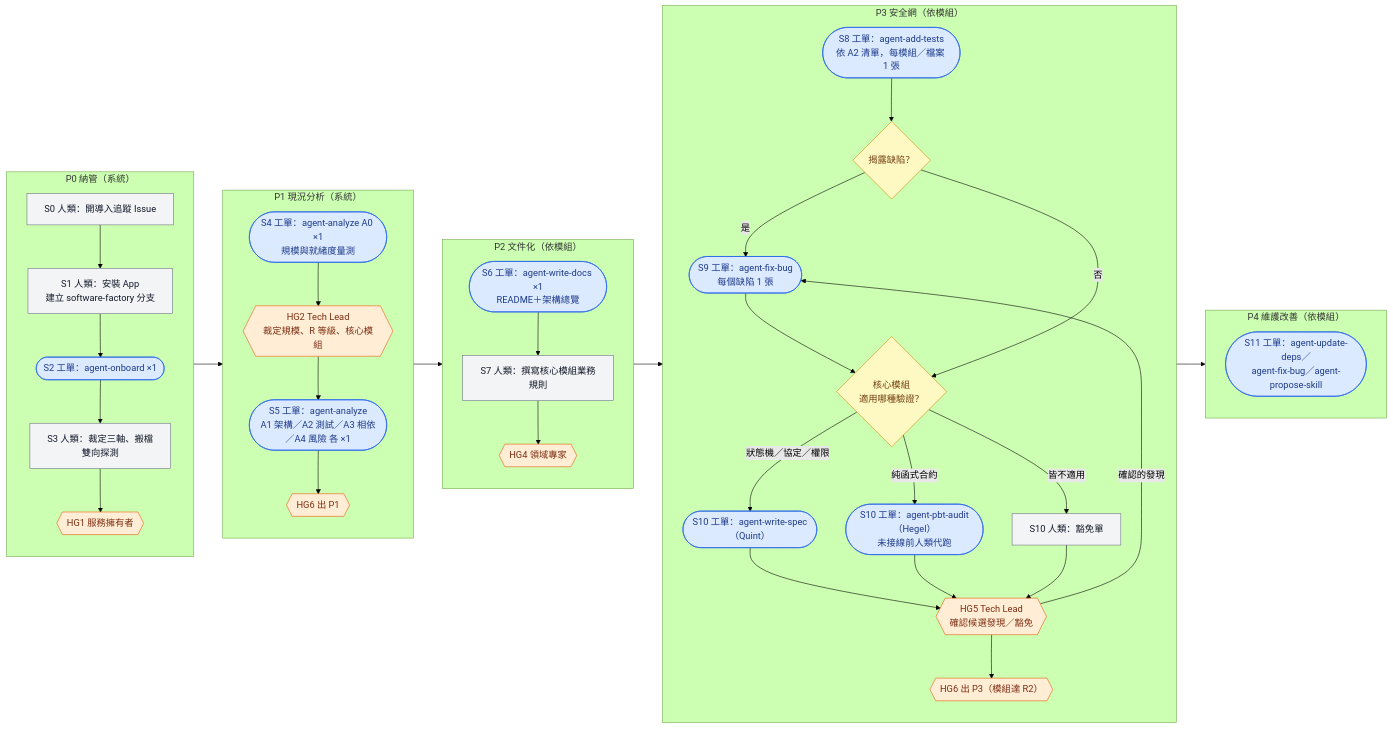
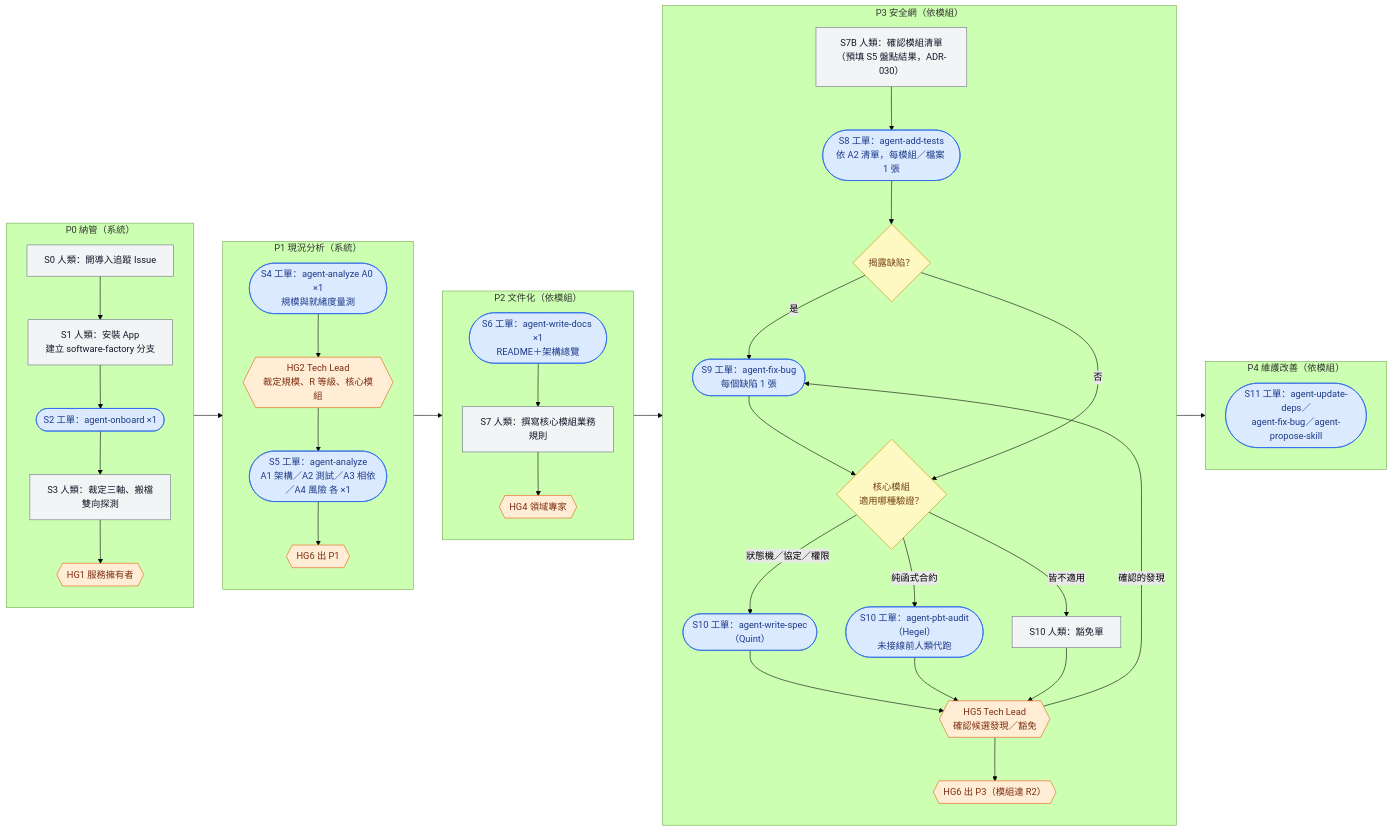
The first of 3 diagrams in docs/29-brownfield-adoption-playbook.md (aswf-dev/software_factory), drawn with Mermaid (forest theme) before and after one commit. The commit also changed other lines of this file and 4 other files, not shown here.

First line of the commit message:
feat(templates): S 模板新增 S7B「確認模組清單」（ADR-030 §3，Q11=b）

````diff
--- a/docs/29-brownfield-adoption-playbook.md
+++ b/docs/29-brownfield-adoption-playbook.md
@@ -345,65 +345,67 @@
 ```mermaid
 flowchart LR
     classDef wi fill:#dbeafe,stroke:#2563eb,color:#1e3a8a
     classDef human fill:#f3f4f6,stroke:#6b7280,color:#111827
     classDef hg fill:#ffedd5,stroke:#ea580c,color:#7c2d12
     classDef dec fill:#fef9c3,stroke:#ca8a04,color:#713f12
 
     subgraph P0["P0 納管（系統）"]
         direction TB
         S0["S0 人類：開導入追蹤 Issue"]:::human
         S1["S1 人類：安裝 App<br/>建立 software-factory 分支"]:::human
         S2(["S2 工單：agent-onboard ×1"]):::wi
         S3["S3 人類：裁定三軸、搬檔<br/>雙向探測"]:::human
         HG1{{"HG1 服務擁有者"}}:::hg
         S0 --> S1 --> S2 --> S3 --> HG1
     end
 
     subgraph P1["P1 現況分析（系統）"]
         direction TB
         S4(["S4 工單：agent-analyze A0 ×1<br/>規模與就緒度量測"]):::wi
         HG2{{"HG2 Tech Lead<br/>裁定規模、R 等級、核心模組"}}:::hg
         S5(["S5 工單：agent-analyze<br/>A1 架構／A2 測試／A3 相依／A4 風險 各 ×1"]):::wi
         HG6a{{"HG6 出 P1"}}:::hg
         S4 --> HG2 --> S5 --> HG6a
     end
 
     subgraph P2["P2 文件化（依模組）"]
         direction TB
         S6(["S6 工單：agent-write-docs ×1<br/>README＋架構總覽"]):::wi
         S7["S7 人類：撰寫核心模組業務規則"]:::human
         HG4{{"HG4 領域專家"}}:::hg
         S6 --> S7 --> HG4
     end
 
     subgraph P3["P3 安全網（依模組）"]
         direction TB
+        S7B["S7B 人類：確認模組清單<br/>（預填 S5 盤點結果，ADR-030）"]:::human
         S8(["S8 工單：agent-add-tests<br/>依 A2 清單，每模組／檔案 1 張"]):::wi
         D1{"揭露缺陷？"}:::dec
         S9(["S9 工單：agent-fix-bug<br/>每個缺陷 1 張"]):::wi
         D2{"核心模組<br/>適用哪種驗證？"}:::dec
         S10Q(["S10 工單：agent-write-spec（Quint）"]):::wi
         S10H(["S10 工單：agent-pbt-audit（Hegel）<br/>未接線前人類代跑"]):::wi
         S10W["S10 人類：豁免單"]:::human
         HG5{{"HG5 Tech Lead<br/>確認候選發現／豁免"}}:::hg
         HG6c{{"HG6 出 P3（模組達 R2）"}}:::hg
+        S7B --> S8
         S8 --> D1
         D1 -- 是 --> S9 --> D2
         D1 -- 否 --> D2
         D2 -- 狀態機／協定／權限 --> S10Q --> HG5
         D2 -- 純函式合約 --> S10H --> HG5
         D2 -- 皆不適用 --> S10W --> HG5
         HG5 -- 確認的發現 --> S9
         HG5 --> HG6c
     end
 
     subgraph P4["P4 維護改善（依模組）"]
         direction TB
         S11(["S11 工單：agent-update-deps／<br/>agent-fix-bug／agent-propose-skill"]):::wi
     end
 
     P0 --> P1
     P1 --> P2
     P2 --> P3
     P3 --> P4
 ```
````
